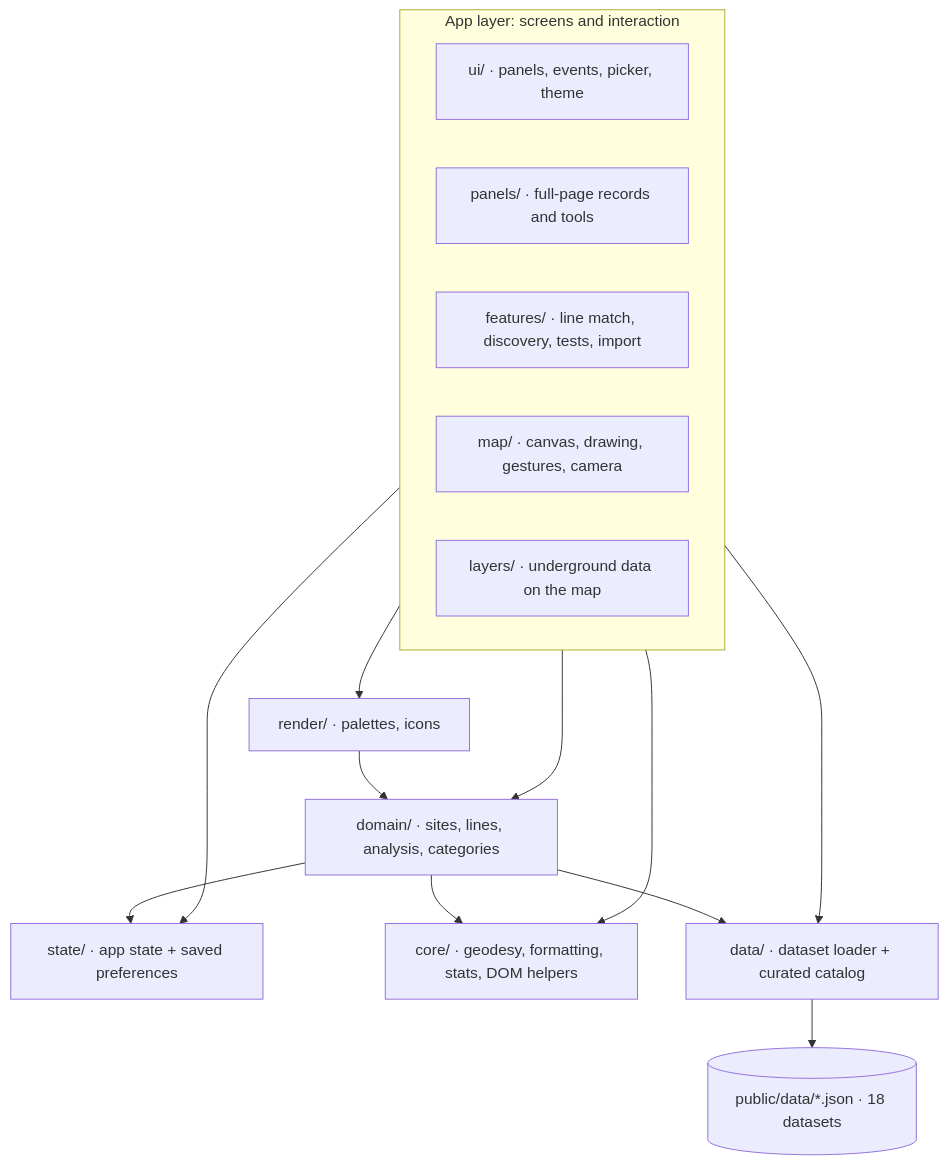
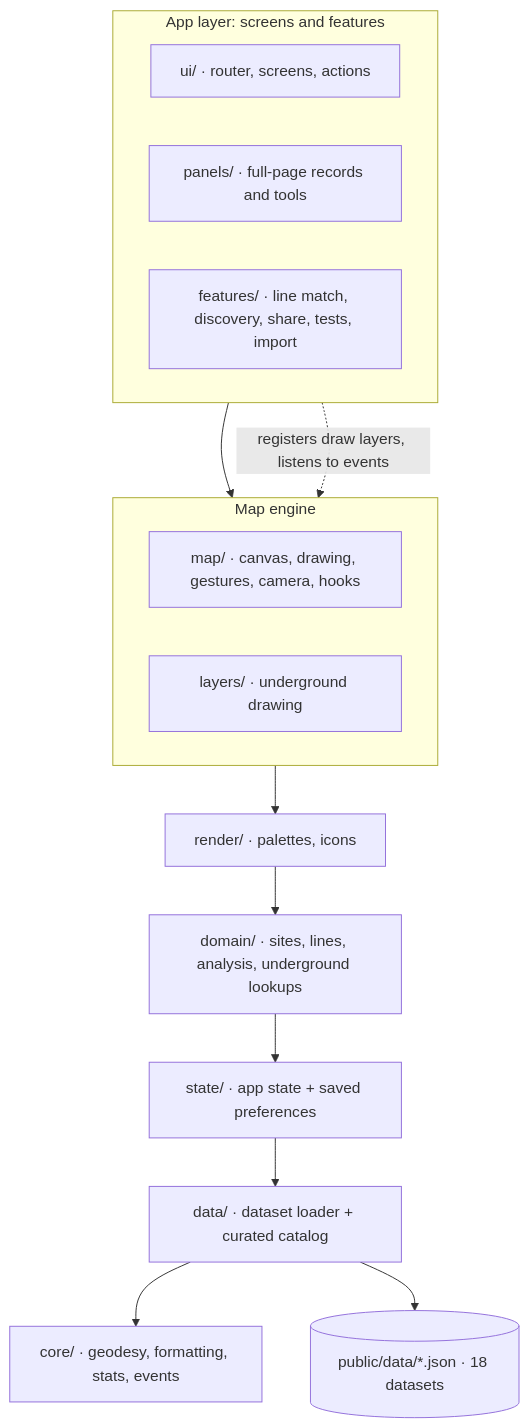
The first of 2 diagrams in ARCHITECTURE.md (NobleWolf412/ley-atlas), drawn with Mermaid before and after one commit. The commit also changed other lines of this file and 26 other files, not shown here.

First line of the commit message:
Split panels and drawing by job; add screen/action registries and layering lint (2.2.1)

````diff
--- a/ARCHITECTURE.md
+++ b/ARCHITECTURE.md
@@ -7,22 +7,25 @@
 ```mermaid
 flowchart TB
-  subgraph APP["App layer: screens and interaction"]
+  subgraph APP["App layer: screens and features"]
     direction LR
-    ui["ui/ · panels, events, picker, theme"]
+    ui["ui/ · router, screens, actions"]
     panels["panels/ · full-page records and tools"]
-    features["features/ · line match, discovery, tests, import"]
-    map["map/ · canvas, drawing, gestures, camera"]
-    layers["layers/ · underground data on the map"]
+    features["features/ · line match, discovery, share, tests, import"]
+  end
+  subgraph MAP["Map engine"]
+    direction LR
+    map["map/ · canvas, drawing, gestures, camera, hooks"]
+    layers["layers/ · underground drawing"]
   end
   render["render/ · palettes, icons"]
-  domain["domain/ · sites, lines, analysis, categories"]
+  domain["domain/ · sites, lines, analysis, underground lookups"]
   state["state/ · app state + saved preferences"]
-  core["core/ · geodesy, formatting, stats, DOM helpers"]
+  core["core/ · geodesy, formatting, stats, events"]
   data["data/ · dataset loader + curated catalog"]
   files[("public/data/*.json · 18 datasets")]
 
-  APP --> render & domain & state & core & data
-  render --> domain
-  domain --> state & core & data
+  APP --> MAP
+  APP -. "registers draw layers, listens to events" .-> MAP
+  MAP --> render --> domain --> state --> data --> core
   data --> files
 ```
````
